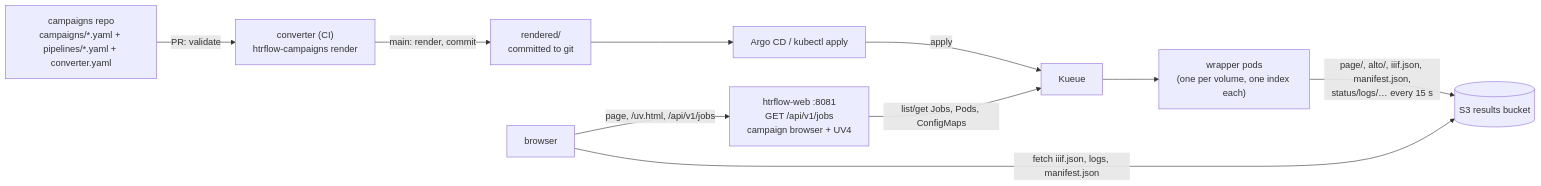
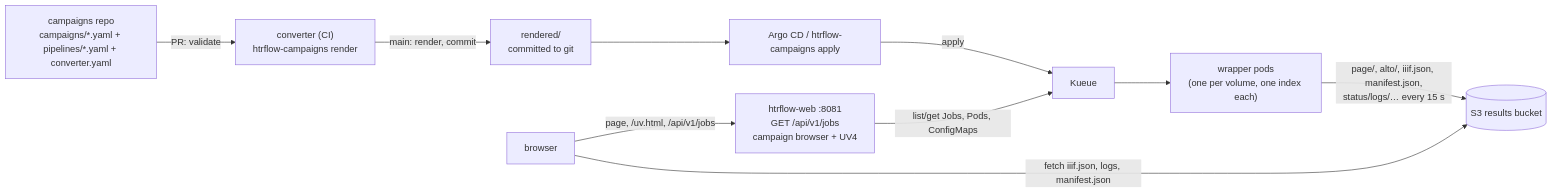
One commit to AI-Riksarkivet/htrflow-batch changed the diagram in docs/how-it-works/campaigns.md. Above: the diagram before and after it, drawn with Mermaid. The commit also changed other lines of this file and 9 other files, not shown here.

First line of the commit message:
docs: apply talks to the API server, not to kubectl (B63)

````diff
--- a/docs/how-it-works/campaigns.md
+++ b/docs/how-it-works/campaigns.md
@@ -39,20 +39,20 @@
 ```mermaid
 flowchart LR
     G["campaigns repo<br/>campaigns/*.yaml + pipelines/*.yaml + converter.yaml"]
     C["converter (CI)<br/>htrflow-campaigns render"]
     R["rendered/<br/>committed to git"]
-    A["Argo CD / kubectl apply"]
+    A["Argo CD / htrflow-campaigns apply"]
     K["Kueue"]
     W["wrapper pods<br/>(one per volume, one index each)"]
     S[("S3 results bucket")]
     API["htrflow-web :8081<br/>GET /api/v1/jobs<br/>campaign browser + UV4"]
     B["browser"]
 
     G -->|"PR: validate"| C
     C -->|"main: render, commit"| R
     R --> A -->|apply| K --> W
     W -->|"page/, alto/, iiif.json, manifest.json,<br/>status/logs/… every 15 s"| S
     API -->|"list/get Jobs, Pods, ConfigMaps"| K
     B -->|"page, /uv.html, /api/v1/jobs"| API
     B -->|"fetch iiif.json, logs, manifest.json"| S
 ```
````
